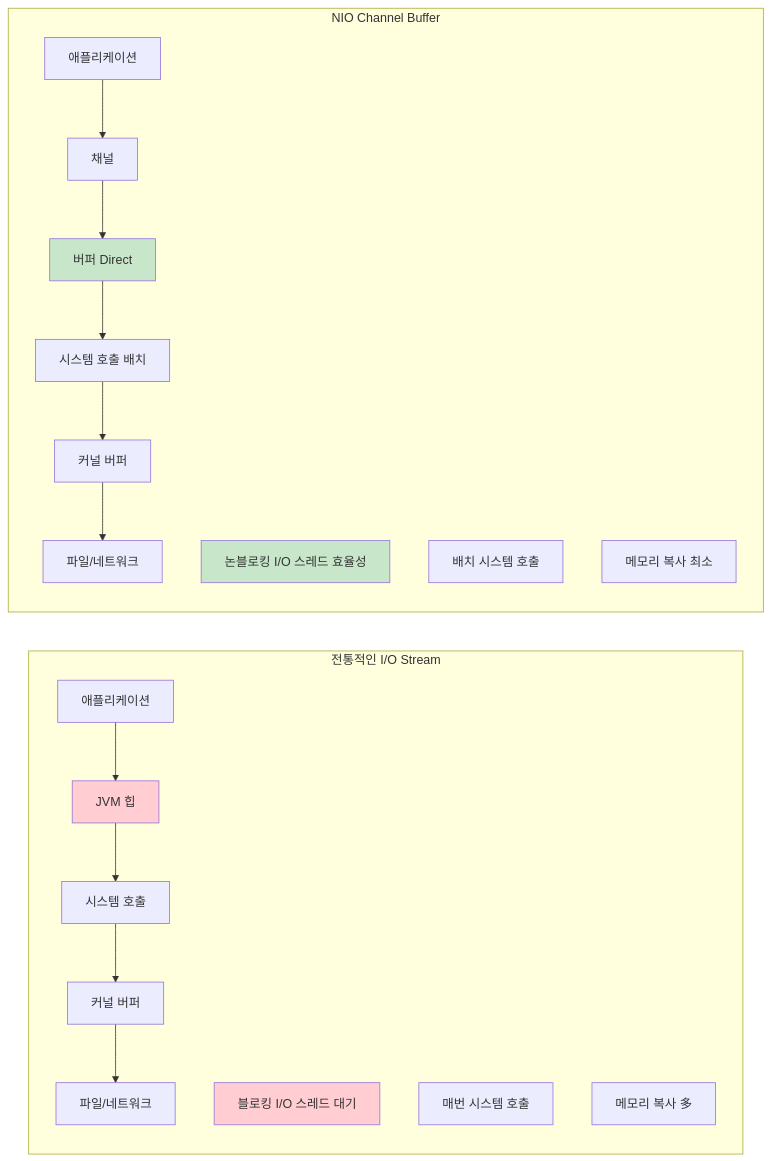
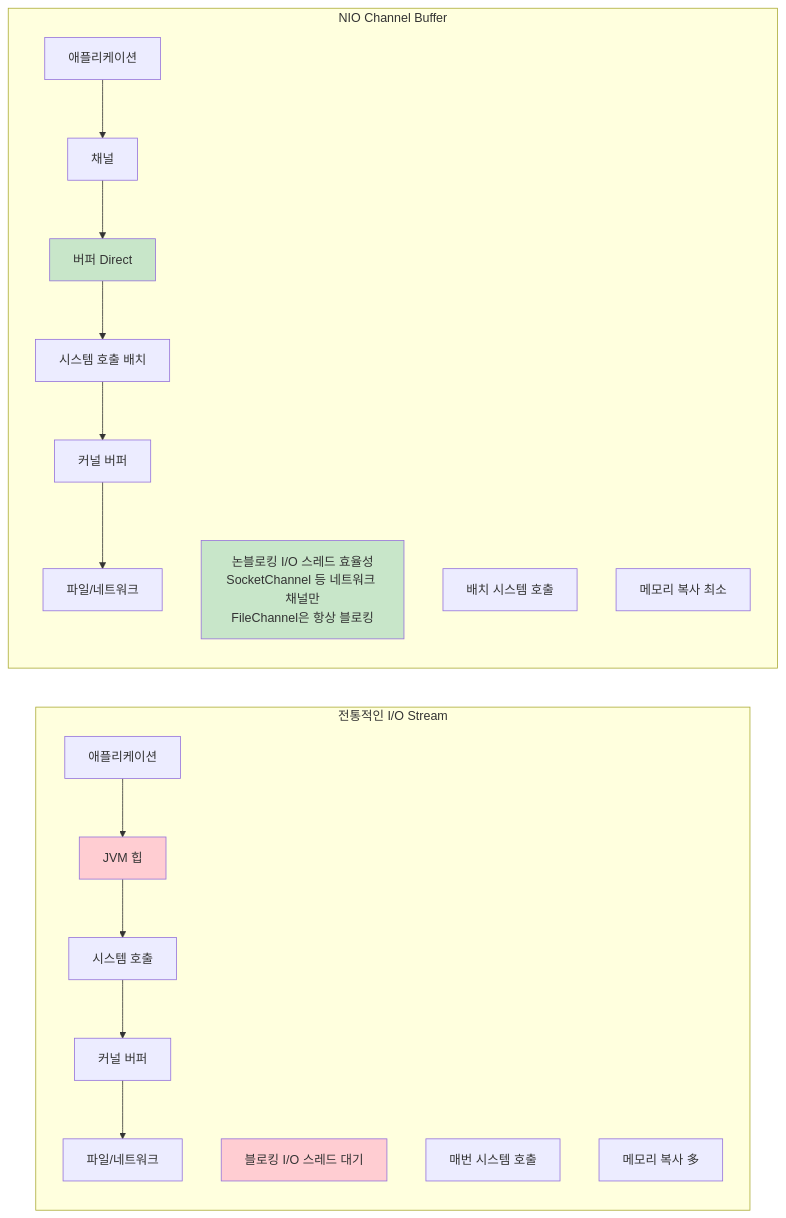
The fourth of 5 diagrams in _posts/java/2025-07-10-io.md (hongmoSung/hongmoSung.github.io), drawn with Mermaid before and after one commit. The commit also changed 32 other files, not shown here.

````diff
--- a/_posts/java/2025-07-10-io.md
+++ b/_posts/java/2025-07-10-io.md
@@ -553,30 +553,30 @@
 ```mermaid
 graph LR
     subgraph "전통적인 I/O Stream"
         A1[애플리케이션] --> A2[JVM 힙]
         A2 --> A3[시스템 호출]
         A3 --> A4[커널 버퍼]
         A4 --> A5[파일/네트워크]
         
         B1[블로킹 I/O 스레드 대기]
         B2[매번 시스템 호출]
         B3[메모리 복사 多]
     end
     
     subgraph "NIO Channel Buffer"
         C1[애플리케이션] --> C2[채널]
         C2 --> C3[버퍼 Direct]
         C3 --> C4[시스템 호출 배치]
         C4 --> C5[커널 버퍼]
         C5 --> C6[파일/네트워크]
         
-        D1[논블로킹 I/O 스레드 효율성]
+        D1[논블로킹 I/O 스레드 효율성<br/>SocketChannel 등 네트워크 채널만<br/>FileChannel은 항상 블로킹]
         D2[배치 시스템 호출]
         D3[메모리 복사 최소]
     end
     
     style A2 fill:#ffcdd2
     style C3 fill:#c8e6c9
     style B1 fill:#ffcdd2
     style D1 fill:#c8e6c9
 ```
````
